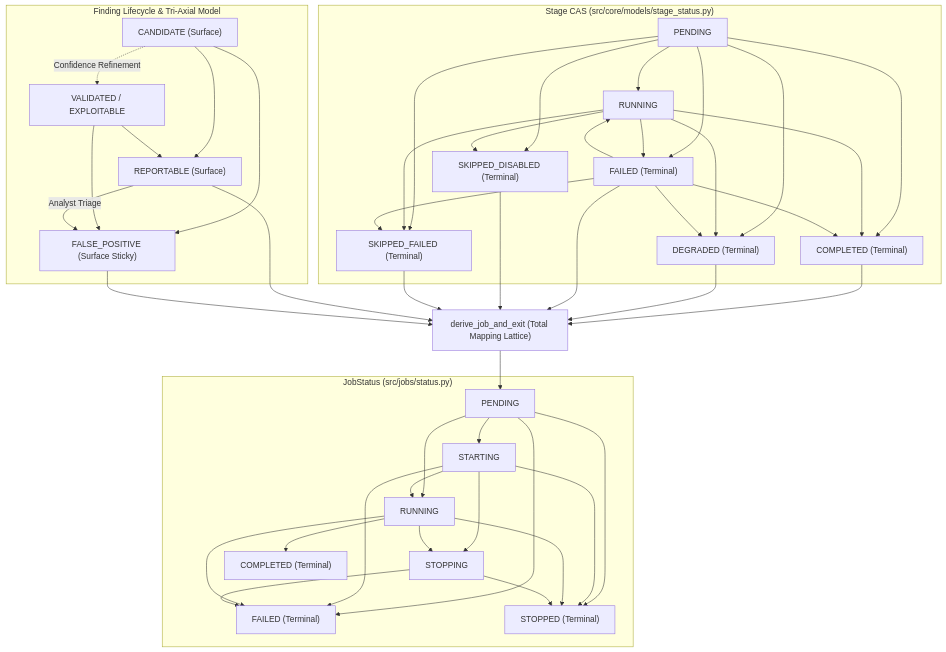
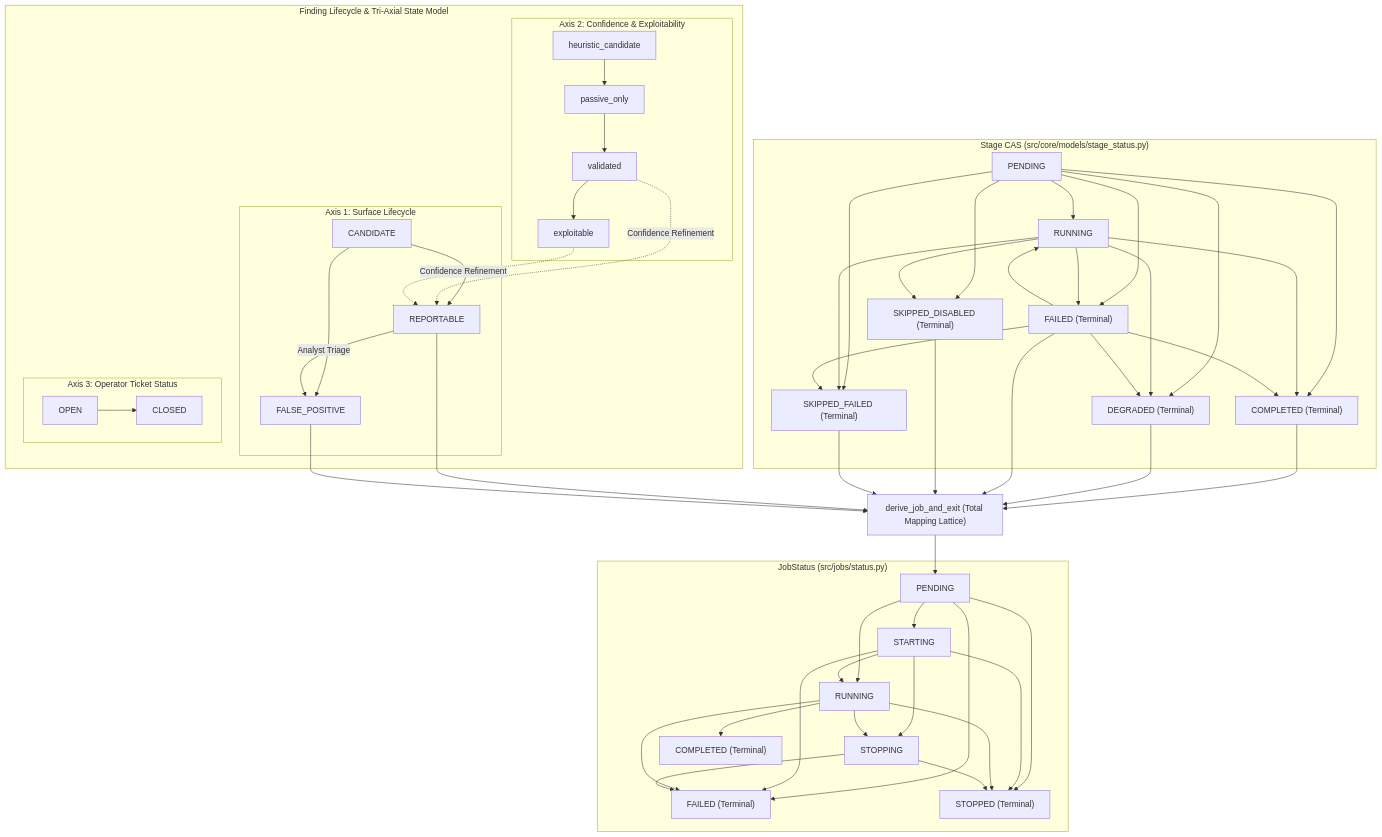
Before and after one commit to AviralGup7/Singularity-Zero: the seventh of 15 diagrams in docs/flowchart.md, drawn with Mermaid. The commit also changed other lines of this file, not shown here.

Commit message:
docs(atlas): enrich Mermaid diagrams with Readiness FSM & Tri-Axial subgraphs and compress prose into high-density invariant tables

````diff
--- a/docs/flowchart.md
+++ b/docs/flowchart.md
@@ -587,47 +502,55 @@
 ```mermaid
 flowchart TD
     subgraph Job["JobStatus (src/jobs/status.py)"]
         JP["PENDING"]:::impl --> JS["STARTING"]:::impl
         JP --> JR["RUNNING"]:::impl
         JP --> JF["FAILED (Terminal)"]:::impl
         JP --> JD["STOPPED (Terminal)"]:::impl
         JS --> JR
         JS --> JX["STOPPING"]:::impl
         JS --> JF
         JS --> JD
         JR --> JX
         JR --> JC["COMPLETED (Terminal)"]:::impl
         JR --> JF
         JR --> JD
         JX --> JD
         JX --> JF
     end
     subgraph Stage["Stage CAS (src/core/models/stage_status.py)"]
         SP["PENDING"]:::impl --> SR["RUNNING"]:::impl
         SP --> SSD["SKIPPED_DISABLED (Terminal)"]:::impl
         SP --> SDG["DEGRADED (Terminal)"]:::impl
         SP --> SC["COMPLETED (Terminal)"]:::impl
         SP --> SF["FAILED (Terminal)"]:::impl
         SP --> SSF["SKIPPED_FAILED (Terminal)"]:::impl
         SR --> SC
         SR --> SDG
         SR --> SF
         SR --> SSD
         SR --> SSF
         SF --> SR
         SF --> SC
         SF --> SDG
         SF --> SSF
     end
-    subgraph Finding["Finding Lifecycle & Tri-Axial Model"]
-        FC["CANDIDATE (Surface)"]:::impl --> FR["REPORTABLE (Surface)"]:::impl
-        FC --> FF["FALSE_POSITIVE (Surface Sticky)"]:::impl
-        FC -.->|"Confidence Refinement"| FV["VALIDATED / EXPLOITABLE"]:::impl
-        FV --> FR
-        FV --> FF
-        FR -->|"Analyst Triage"| FF
+    subgraph Finding["Finding Lifecycle & Tri-Axial State Model"]
+        subgraph SurfaceAxis["Axis 1: Surface Lifecycle"]
+            FC["CANDIDATE"]:::impl --> FR["REPORTABLE"]:::impl
+            FC --> FF["FALSE_POSITIVE"]:::impl
+            FR -->|"Analyst Triage"| FF
+        end
+        subgraph ConfidenceAxis["Axis 2: Confidence & Exploitability"]
+            C_HEUR["heuristic_candidate"]:::impl --> C_PASS["passive_only"]:::impl
+            C_PASS --> C_VAL["validated"]:::impl
+            C_VAL --> C_EXP["exploitable"]:::impl
+        end
+        subgraph TicketAxis["Axis 3: Operator Ticket Status"]
+            T_OPEN["OPEN"]:::impl --> T_CLOSED["CLOSED"]:::impl
+        end
+        C_VAL & C_EXP -.->|"Confidence Refinement"| FR
     end
     SC & SDG & SF & SSD & SSF --> Coupling["derive_job_and_exit (Total Mapping Lattice)"]:::impl
     FR & FF --> Coupling
     Coupling --> JP
 ```
````
